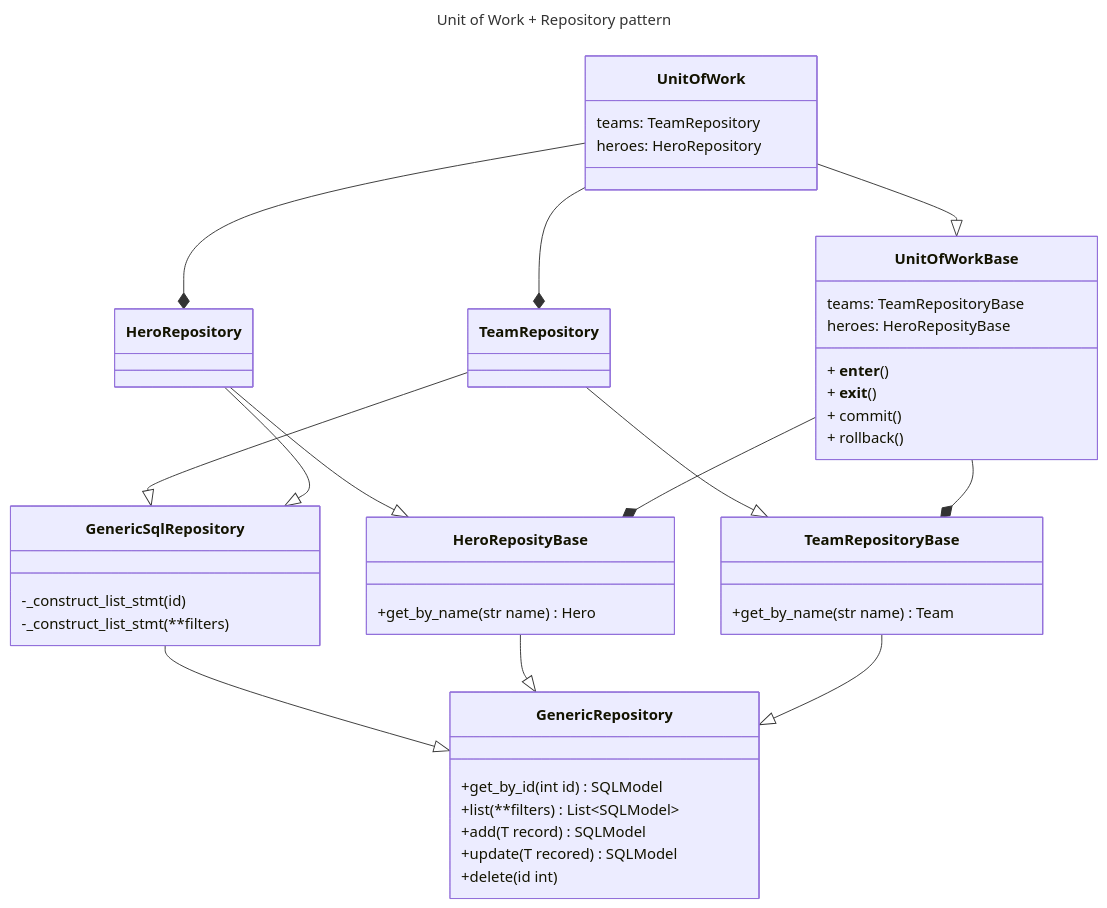
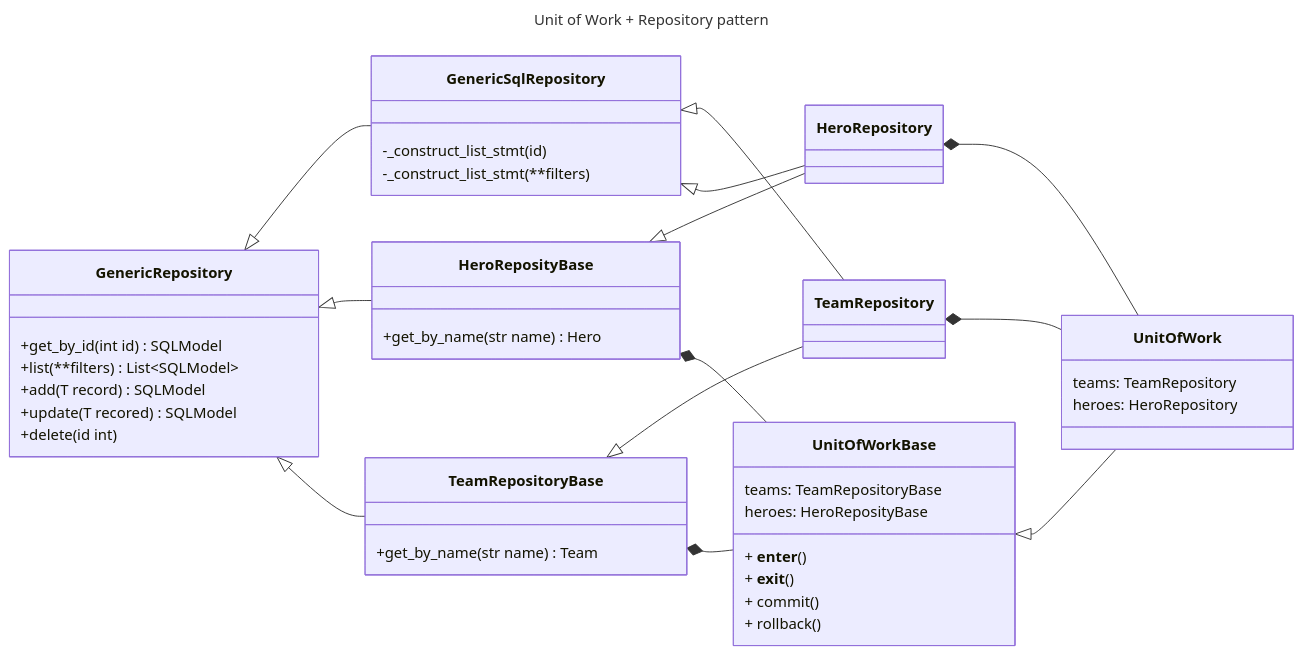
The diagram in README.md (manukanne/sqlmodel-repository-pattern), drawn with Mermaid before and after one commit.

Commit message:
update class diagramm direction

````diff
--- a/README.md
+++ b/README.md
@@ -4,59 +4,59 @@
 ```mermaid
 ---
 title: Unit of Work + Repository pattern
 ---
 classDiagram
-     direction BT
+     direction LR
     GenericRepository <|--GenericSqlRepository
     GenericRepository <|-- HeroReposityBase
     GenericRepository <|-- TeamRepositoryBase
 
     GenericSqlRepository <|-- TeamRepository
     TeamRepositoryBase <|-- TeamRepository
     GenericSqlRepository <|-- HeroRepository
     HeroReposityBase <|-- HeroRepository
 
     UnitOfWorkBase <|-- UnitOfWork
     HeroReposityBase *-- UnitOfWorkBase
     TeamRepositoryBase *-- UnitOfWorkBase
 
     HeroRepository *--UnitOfWork
     TeamRepository *--UnitOfWork
 
     class GenericRepository~SQLModel~{
         +get_by_id(int id) SQLModel
         +list(**filters) List~SQLModel~
         +add(T record) SQLModel
         +update(T recored) SQLModel
         +delete(id int)
     }
 
     class GenericSqlRepository~SQLModel~{
         -_construct_list_stmt(id)
         -_construct_list_stmt(**filters)
     }
     class HeroReposityBase{
         +get_by_name(str name) Hero
     }
     class HeroRepository{
 
     }
     class TeamRepositoryBase{
         +get_by_name(str name) Team
     }
     class TeamRepository{
     }
     class UnitOfWorkBase{
         teams: TeamRepositoryBase
         heroes: HeroReposityBase
         + __enter__()
         + __exit__()
         + commit()
         + rollback()
     }
     class UnitOfWork{
         teams: TeamRepository
         heroes: HeroRepository
     }
 
 ```
````
